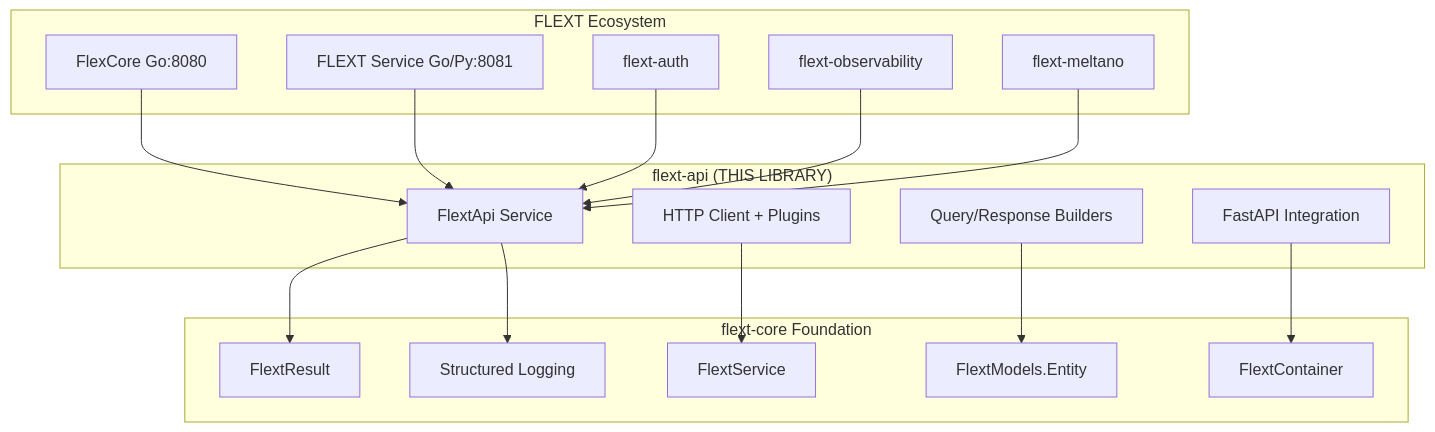
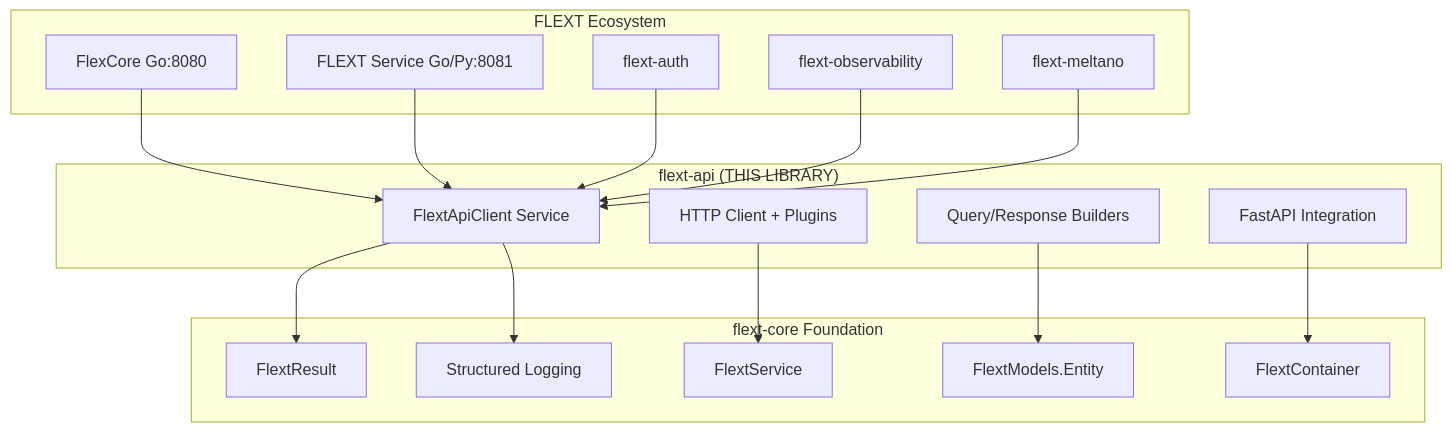
Before and after one commit to flext-sh/flext-api: the diagram in docs/architecture.md, drawn with Mermaid. The commit also changed other lines of this file and 50 other files, not shown here.

````diff
--- a/docs/architecture.md
+++ b/docs/architecture.md
@@ -15,37 +15,37 @@
 ```mermaid
 graph TB
     subgraph "FLEXT Ecosystem"
         FC[FlexCore Go:8080]
         FS[FLEXT Service Go/Py:8081]
         AUTH[flext-auth]
         OBS[flext-observability]
         MELT[flext-meltano]
     end
 
     subgraph "flext-api (THIS LIBRARY)"
-        API[FlextApi Service]
+        API[FlextApiClient Service]
         CLIENT[HTTP Client + Plugins]
         BUILDER[Query/Response Builders]
         APP[FastAPI Integration]
     end
 
     subgraph "flext-core Foundation"
         RESULT[FlextResult<T>]
         SERVICE[FlextService]
         ENTITY[FlextModels.Entity]
         CONTAINER[FlextContainer]
         LOG[Structured Logging]
     end
 
     FC --> API
     FS --> API
     AUTH --> API
     OBS --> API
     MELT --> API
 
     API --> RESULT
     CLIENT --> SERVICE
     BUILDER --> ENTITY
     APP --> CONTAINER
     API --> LOG
 ```
````
